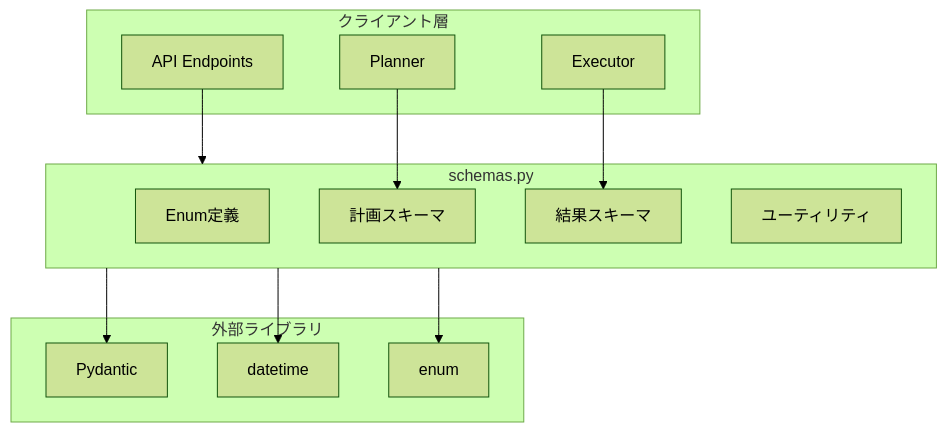
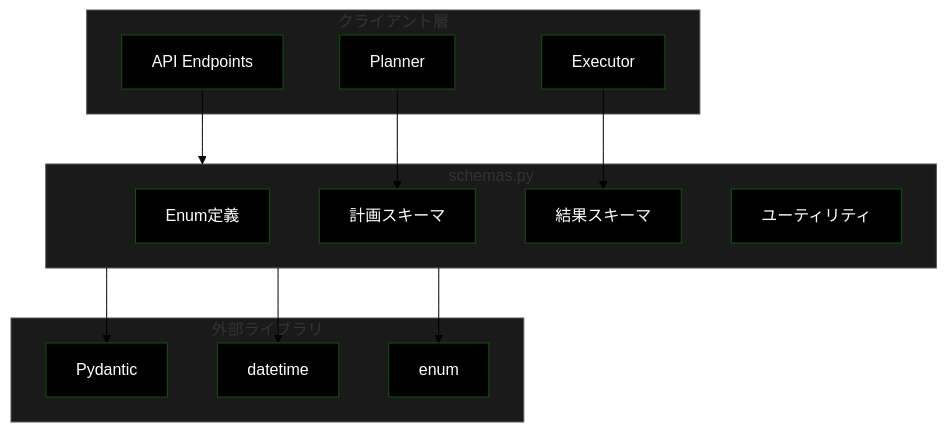
Before and after one commit to nakashima2toshio/anthropic_grace_agent: the first of 4 diagrams in grace/doc/schemas.md, drawn with Mermaid (forest theme). The commit also changed other lines of this file and 18 other files, not shown here.

````diff
--- a/grace/doc/schemas.md
+++ b/grace/doc/schemas.md
@@ -52,28 +54,42 @@
 ```mermaid
 flowchart TB
     subgraph CLIENT["クライアント層"]
         PLANNER[Planner]
         EXECUTOR[Executor]
         API[API Endpoints]
     end
 
     subgraph MODULE["schemas.py"]
         ENUMS[Enum定義]
         PLAN_SCHEMAS[計画スキーマ]
         RESULT_SCHEMAS[結果スキーマ]
         UTILS[ユーティリティ]
     end
 
     subgraph EXTERNAL["外部ライブラリ"]
         PYDANTIC[Pydantic]
         DATETIME[datetime]
         ENUM[enum]
     end
 
     PLANNER --> PLAN_SCHEMAS
     EXECUTOR --> RESULT_SCHEMAS
     API --> MODULE
     MODULE --> PYDANTIC
     MODULE --> DATETIME
     MODULE --> ENUM
+
+    style PLANNER fill:#000,color:#fff
+    style EXECUTOR fill:#000,color:#fff
+    style API fill:#000,color:#fff
+    style ENUMS fill:#000,color:#fff
+    style PLAN_SCHEMAS fill:#000,color:#fff
+    style RESULT_SCHEMAS fill:#000,color:#fff
+    style UTILS fill:#000,color:#fff
+    style PYDANTIC fill:#000,color:#fff
+    style DATETIME fill:#000,color:#fff
+    style ENUM fill:#000,color:#fff
+    style CLIENT fill:#1a1a1a,stroke:#555
+    style MODULE fill:#1a1a1a,stroke:#555
+    style EXTERNAL fill:#1a1a1a,stroke:#555
 ```
````
